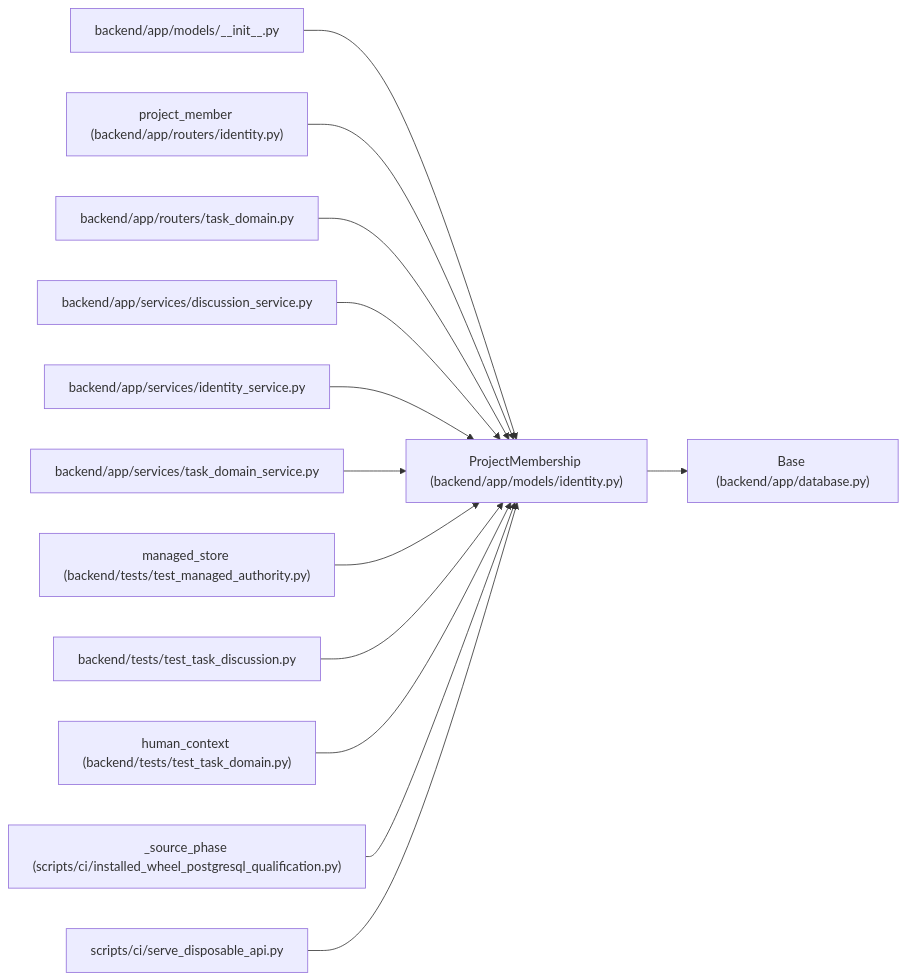
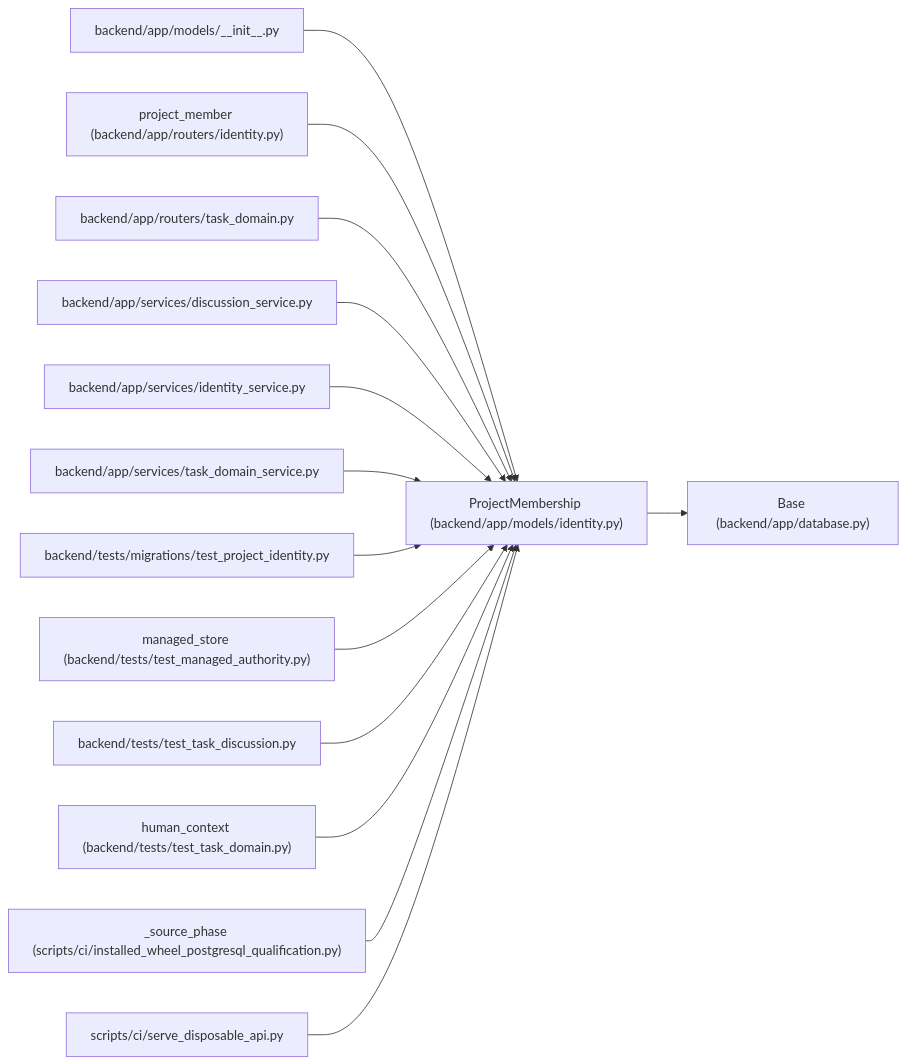
Before and after one commit to Denissvgn/WorkChord: the diagram in docs/llm_wiki/entities/ProjectMembership.md, drawn with Mermaid. The commit also changed other lines of this file and 388 other files, not shown here.

Commit message:
docs(wiki): explain project identity migration and allocation floors

````diff
--- a/docs/llm_wiki/entities/ProjectMembership.md
+++ b/docs/llm_wiki/entities/ProjectMembership.md
@@ -28,41 +28,44 @@
 ```mermaid
 flowchart LR
     n0["ProjectMembership (backend/app/models/identity.py)"]
     n1["Base (backend/app/database.py)"]
     n2["backend/app/models/__init__.py"]
     n3["project_member (backend/app/routers/identity.py)"]
     n4["backend/app/routers/task_domain.py"]
     n5["backend/app/services/discussion_service.py"]
     n6["backend/app/services/identity_service.py"]
     n7["backend/app/services/task_domain_service.py"]
-    n8["managed_store (backend/tests/test_managed_authority.py)"]
-    n9["backend/tests/test_task_discussion.py"]
-    n10["human_context (backend/tests/test_task_domain.py)"]
-    n11["_source_phase (scripts/ci/installed_wheel_postgresql_qualification.py)"]
-    n12["scripts/ci/serve_disposable_api.py"]
+    n8["backend/tests/migrations/test_project_identity.py"]
+    n9["managed_store (backend/tests/test_managed_authority.py)"]
+    n10["backend/tests/test_task_discussion.py"]
+    n11["human_context (backend/tests/test_task_domain.py)"]
+    n12["_source_phase (scripts/ci/installed_wheel_postgresql_qualification.py)"]
+    n13["scripts/ci/serve_disposable_api.py"]
     n0 --> n1
     n2 --> n0
     n3 --> n0
     n4 --> n0
     n5 --> n0
     n6 --> n0
     n7 --> n0
     n8 --> n0
     n9 --> n0
     n10 --> n0
     n11 --> n0
     n12 --> n0
+    n13 --> n0
     click n0 "../modules/models_identity.md"
     click n1 "../modules/app_database.md"
     click n2 "../modules/models___init__.md"
     click n3 "../modules/routers_identity.md"
     click n4 "../modules/routers_task_domain.md"
     click n5 "../modules/discussion_service.md"
     click n6 "../modules/identity_service.md"
     click n7 "../modules/task_domain_service.md"
-    click n8 "../modules/test_managed_authority.md"
-    click n9 "../modules/test_task_discussion.md"
-    click n10 "../modules/test_task_domain.md"
-    click n11 "../modules/installed_wheel_postgresql_qualification.md"
-    click n12 "../modules/serve_disposable_api.md"
+    click n8 "../modules/test_project_identity.md"
+    click n9 "../modules/test_managed_authority.md"
+    click n10 "../modules/test_task_discussion.md"
+    click n11 "../modules/test_task_domain.md"
+    click n12 "../modules/installed_wheel_postgresql_qualification.md"
+    click n13 "../modules/serve_disposable_api.md"
 ```
````
